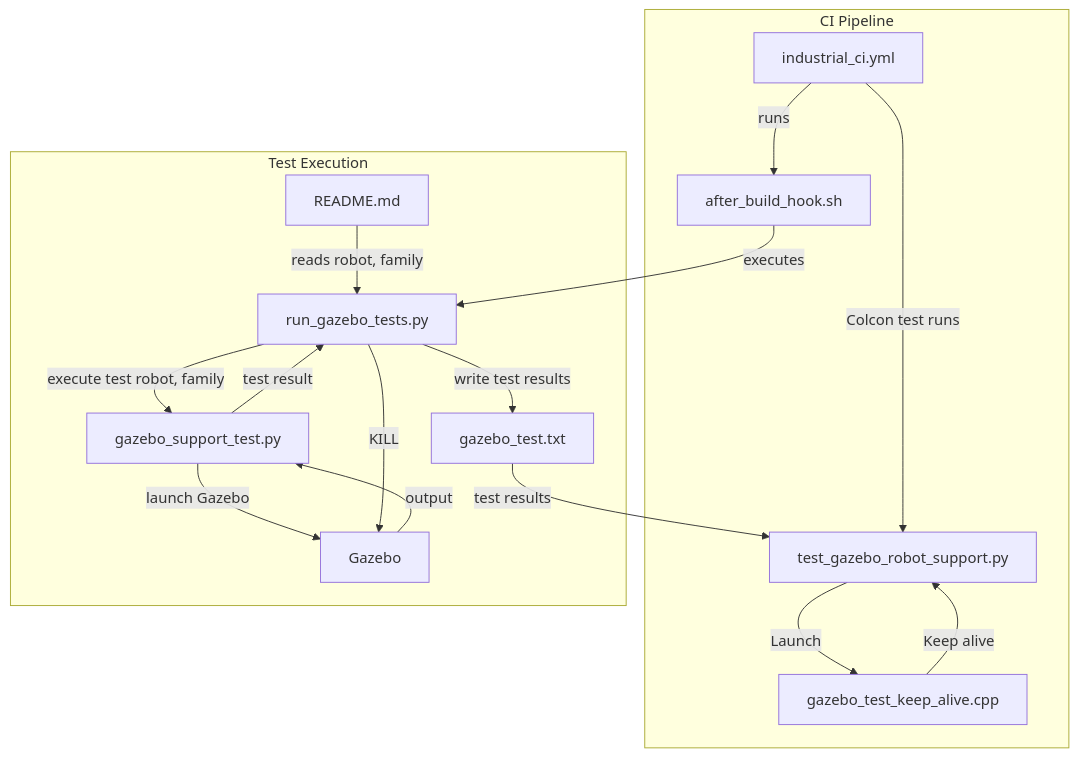
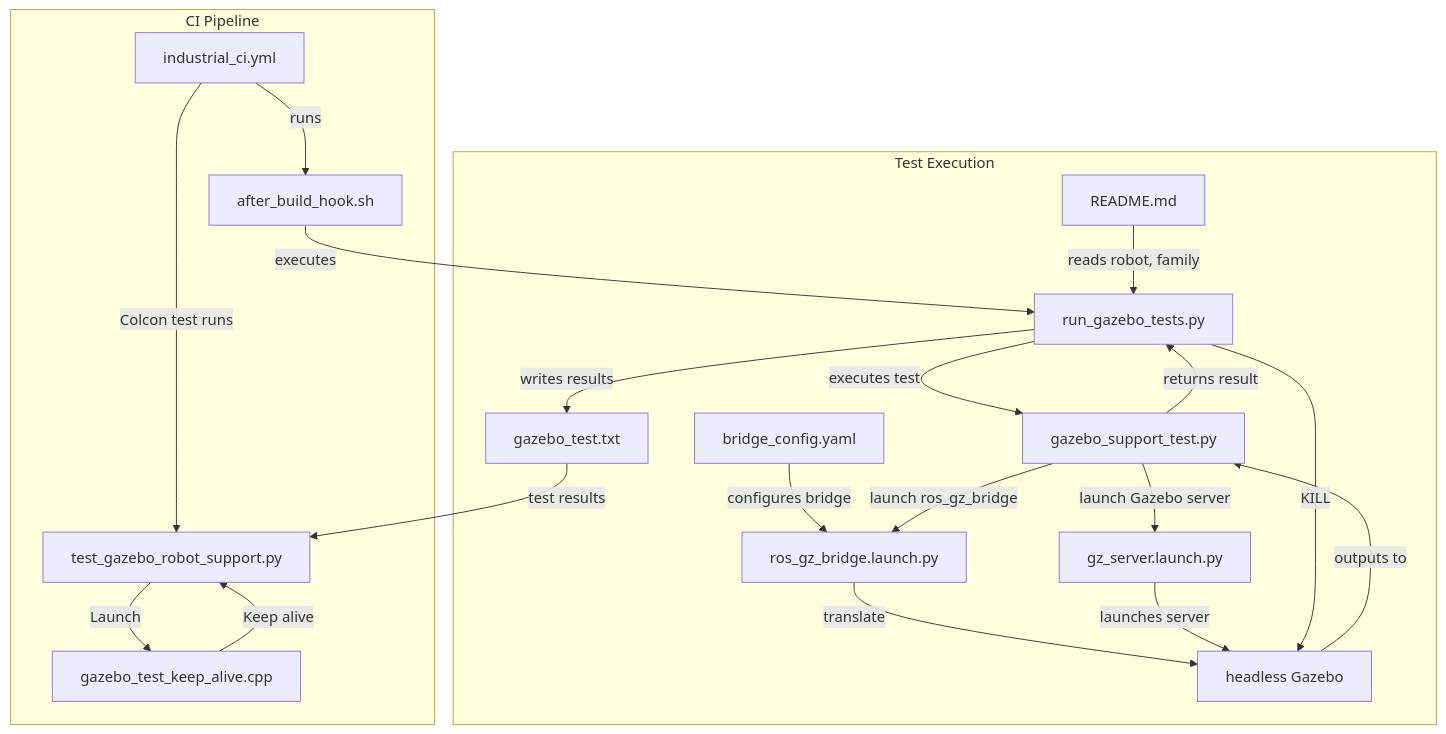
Before and after one commit to kroshu/kuka_robot_descriptions: the diagram in README.md, drawn with Mermaid. The commit also changed other lines of this file, not shown here.

Commit message:
README update

````diff
--- a/README.md
+++ b/README.md
@@ -269,21 +269,27 @@
 ```mermaid
 graph TD
+    %% CI Pipeline Section
     subgraph CI Pipeline
         A[industrial_ci.yml] -->|runs| B[after_build_hook.sh]
         A -->|Colcon test runs| H[test_gazebo_robot_support.py]
         H -->|Launch| J[gazebo_test_keep_alive.cpp]
         J -->|Keep alive| H
     end
 
+    %% Test Execution Section
     subgraph Test Execution
         B -->|executes| C[run_gazebo_tests.py]
         F[README.md] -->|reads robot, family| C
-        C -->|execute test robot, family| D[gazebo_support_test.py]
-        D -->|launch Gazebo| E[Gazebo]
-        E -->|output| D
-        D -->|test result| C
-        C -->|KILL| E
-        C -->|write test results| G[gazebo_test.txt]
+        C -->|executes test| D[gazebo_support_test.py]
+        K[bridge_config.yaml] -->|configures bridge| E
+        D -->|launch ros_gz_bridge| E[ros_gz_bridge.launch.py]
+        D -->|launch Gazebo server| I[gz_server.launch.py]
+        E -->|translate| L[headless Gazebo]
+        I -->|launches server| L
+        L -->|outputs to| D
+        C -->|KILL| L
+        D -->|returns result| C
+        C -->|writes results| G[gazebo_test.txt]
         G -->|test results| H
     end
 ```
````
